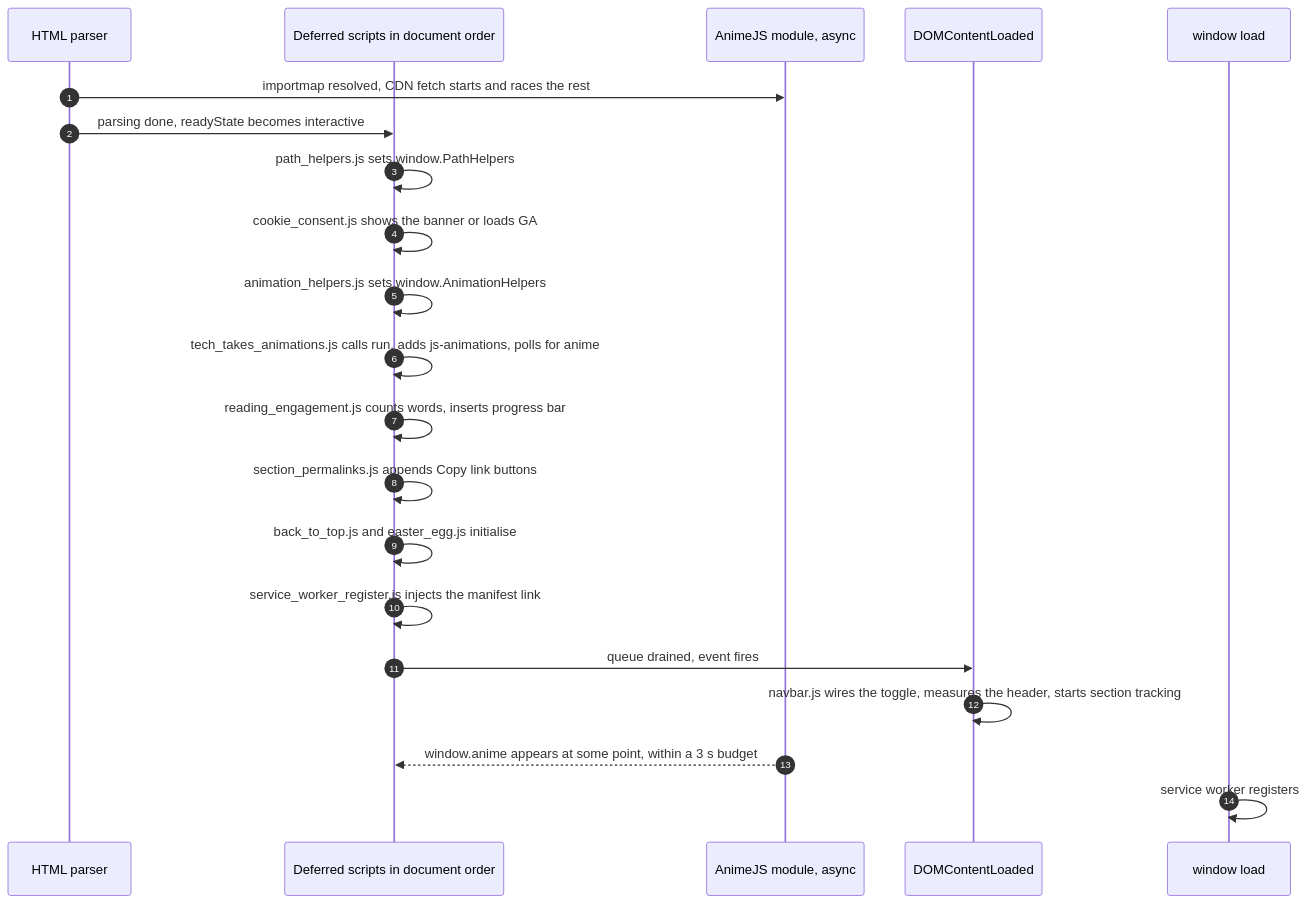
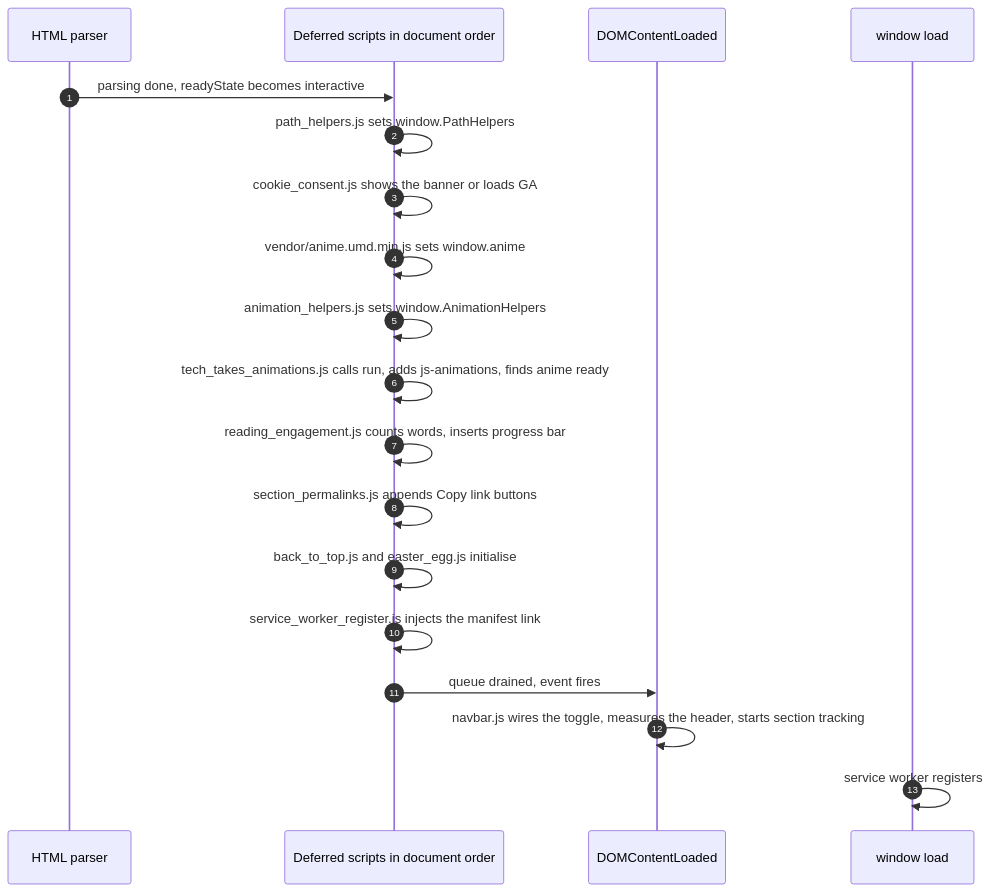
One commit to ColbyMainard/ColbyMainard.github.io changed the fifth of 13 diagrams in assets/markdown/architecture.md. Above: the diagram before and after it, drawn with Mermaid. The commit also changed other lines of this file and 16 other files, not shown here.

````diff
--- a/assets/markdown/architecture.md
+++ b/assets/markdown/architecture.md
@@ -293,24 +292,22 @@
 ```mermaid
 sequenceDiagram
     autonumber
     participant P as HTML parser
     participant D as Deferred scripts in document order
-    participant M as AnimeJS module, async
     participant E as DOMContentLoaded
     participant L as window load
 
-    P->>M: importmap resolved, CDN fetch starts and races the rest
     P->>D: parsing done, readyState becomes interactive
     D->>D: path_helpers.js sets window.PathHelpers
     D->>D: cookie_consent.js shows the banner or loads GA
+    D->>D: vendor/anime.umd.min.js sets window.anime
     D->>D: animation_helpers.js sets window.AnimationHelpers
-    D->>D: tech_takes_animations.js calls run, adds js-animations, polls for anime
+    D->>D: tech_takes_animations.js calls run, adds js-animations, finds anime ready
     D->>D: reading_engagement.js counts words, inserts progress bar
     D->>D: section_permalinks.js appends Copy link buttons
     D->>D: back_to_top.js and easter_egg.js initialise
     D->>D: service_worker_register.js injects the manifest link
     D->>E: queue drained, event fires
     E->>E: navbar.js wires the toggle, measures the header, starts section tracking
-    M-->>D: window.anime appears at some point, within a 3 s budget
     L->>L: service worker registers
 ```
````
